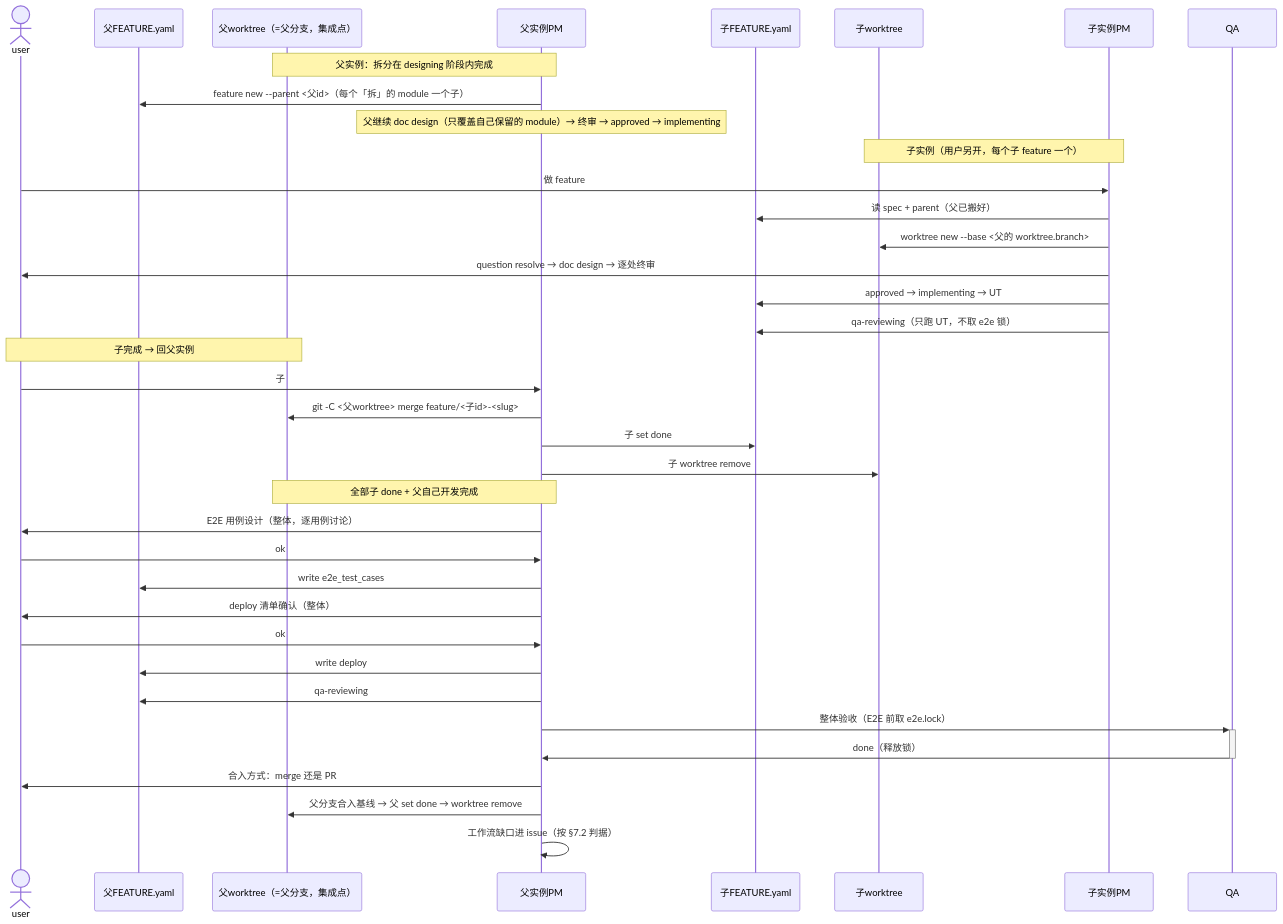
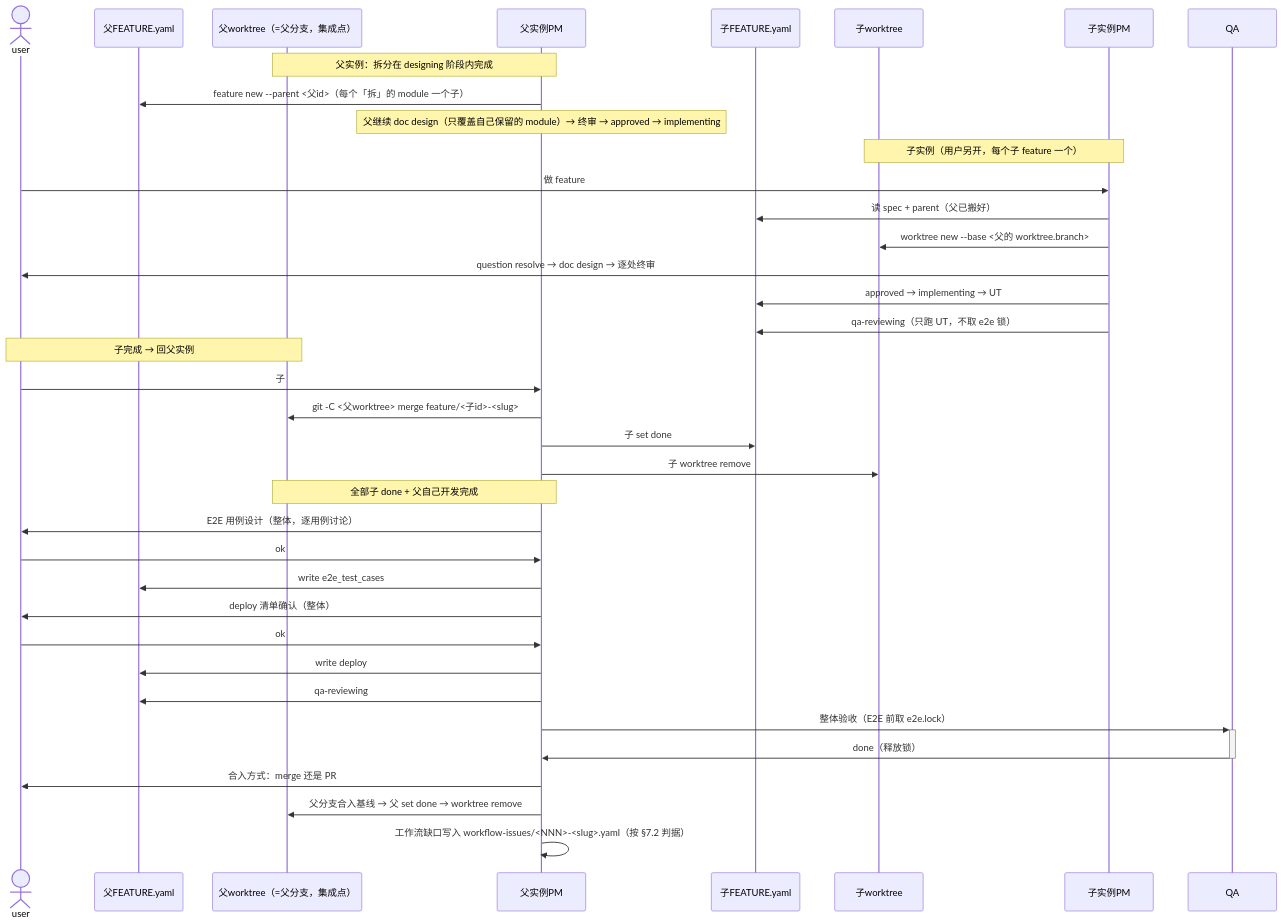
The second of 3 diagrams in system-prompt/agent-factory/agent-pm.md (JoeyAssistant/skill-repo), drawn with Mermaid before and after one commit. The commit also changed other lines of this file and 1 other file, not shown here.

First line of the commit message:
docs(agent-pm): 工作流优化项改为 feature 目录下独立 YAML 文件

````diff
--- a/system-prompt/agent-factory/agent-pm.md
+++ b/system-prompt/agent-factory/agent-pm.md
@@ -370,43 +370,43 @@
 ```mermaid
 sequenceDiagram
     actor user
     participant pf as 父FEATURE.yaml
     participant pw as 父worktree（=父分支，集成点）
     participant pm as 父实例PM
     participant cf as 子FEATURE.yaml
     participant cw as 子worktree
     participant cpm as 子实例PM
     participant qa as QA
 
     Note over pm,pw: 父实例：拆分在 designing 阶段内完成
     pm->>pf: feature new --parent <父id>（每个「拆」的 module 一个子）
     Note over pm: 父继续 doc design（只覆盖自己保留的 module）→ 终审 → approved → implementing
 
     Note over cpm,cw: 子实例（用户另开，每个子 feature 一个）
     user->>cpm: 做 feature #<子id>
     cpm->>cf: 读 spec + parent（父已搬好）
     cpm->>cw: worktree new --base <父的 worktree.branch>
     cpm->>user: question resolve → doc design → 逐处终审
     cpm->>cf: approved → implementing → UT
     cpm->>cf: qa-reviewing（只跑 UT，不取 e2e 锁）
 
     Note over user,pw: 子完成 → 回父实例
     user->>pm: 子 #<子id> 完成
     pm->>pw: git -C <父worktree> merge feature/<子id>-<slug>
     pm->>cf: 子 set done
     pm->>cw: 子 worktree remove
 
     Note over pm,pw: 全部子 done + 父自己开发完成
     pm->>user: E2E 用例设计（整体，逐用例讨论）
     user->>pm: ok
     pm->>pf: write e2e_test_cases
     pm->>user: deploy 清单确认（整体）
     user->>pm: ok
     pm->>pf: write deploy
     pm->>pf: qa-reviewing
     pm->>+qa: 整体验收（E2E 前取 e2e.lock）
     qa->>-pm: done（释放锁）
     pm->>user: 合入方式：merge 还是 PR
     pm->>pw: 父分支合入基线 → 父 set done → worktree remove
-    pm->>pm: 工作流缺口进 issue（按 §7.2 判据）
+    pm->>pm: 工作流缺口写入 workflow-issues/<NNN>-<slug>.yaml（按 §7.2 判据）
 ```
````
